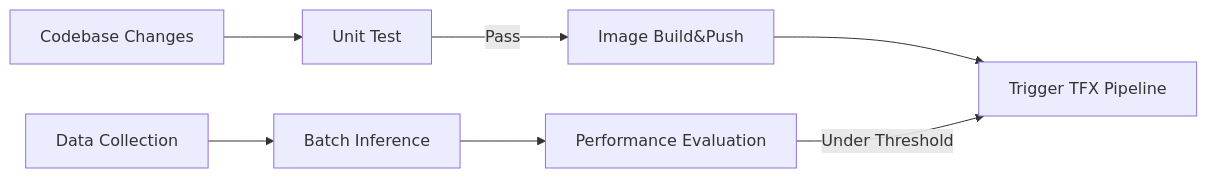
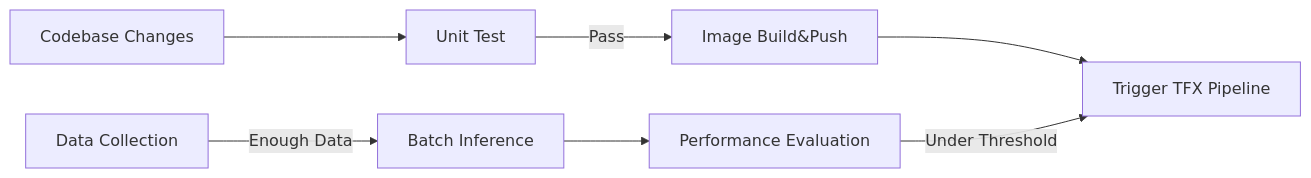
The diagram in README.md (deep-diver/complete-mlops-system-workflow), drawn with Mermaid before and after one commit.

````diff
--- a/README.md
+++ b/README.md
@@ -7,10 +7,10 @@
 ```mermaid
   graph LR;
       A[Codebase Changes]-->B[Unit Test];
       B--Pass-->C[Image Build&Push];
       C-->D[Trigger TFX Pipeline];
       
-      E[Data Collection]-->F[Batch Inference];
+      E[Data Collection]--Enough Data-->F[Batch Inference];
       F-->G[Performance Evaluation];
       G--Under Threshold-->D;
 ```
````
